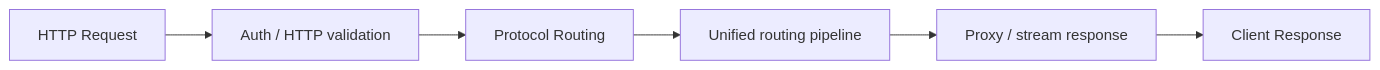
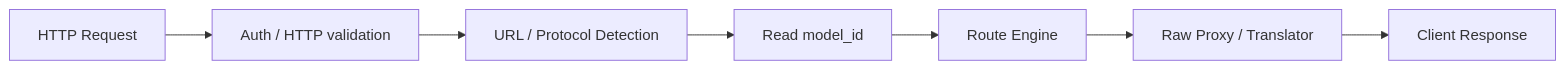
The diagram in site/manual-docs/burncloud-node/local-api-gateway.md (burncloud/burncloud.github.io), drawn with Mermaid before and after one commit. The commit also changed other lines of this file, not shown here.

Commit message:
docs: make gateway raw-request preserving

````diff
--- a/site/manual-docs/burncloud-node/local-api-gateway.md
+++ b/site/manual-docs/burncloud-node/local-api-gateway.md
@@ -30,8 +30,9 @@
 ```mermaid
 flowchart LR
     REQ["HTTP Request"] --> VALIDATE["Auth / HTTP validation"]
-    VALIDATE --> PROTOCOL["Protocol Routing"]
-    PROTOCOL --> ROUTE["Unified routing pipeline"]
-    ROUTE --> STREAM["Proxy / stream response"]
-    STREAM --> RESP["Client Response"]
+    VALIDATE --> DETECT["URL / Protocol Detection"]
+    DETECT --> MODEL["Read model_id"]
+    MODEL --> ROUTE["Route Engine"]
+    ROUTE --> PROXY["Raw Proxy / Translator"]
+    PROXY --> RESP["Client Response"]
 ```
````
